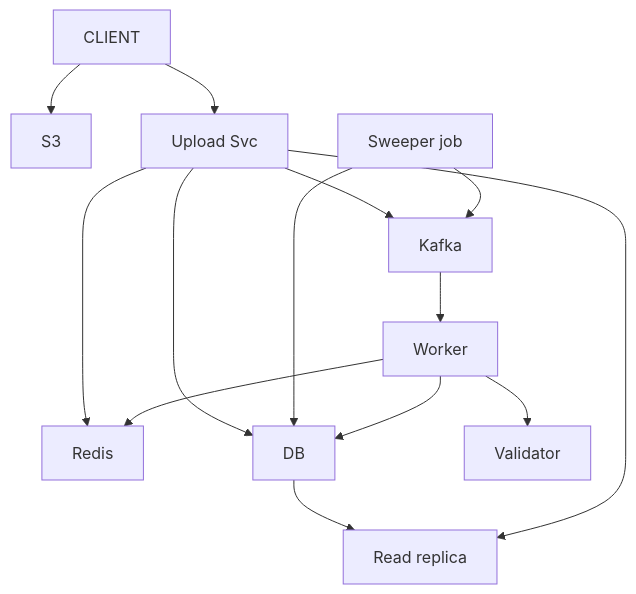
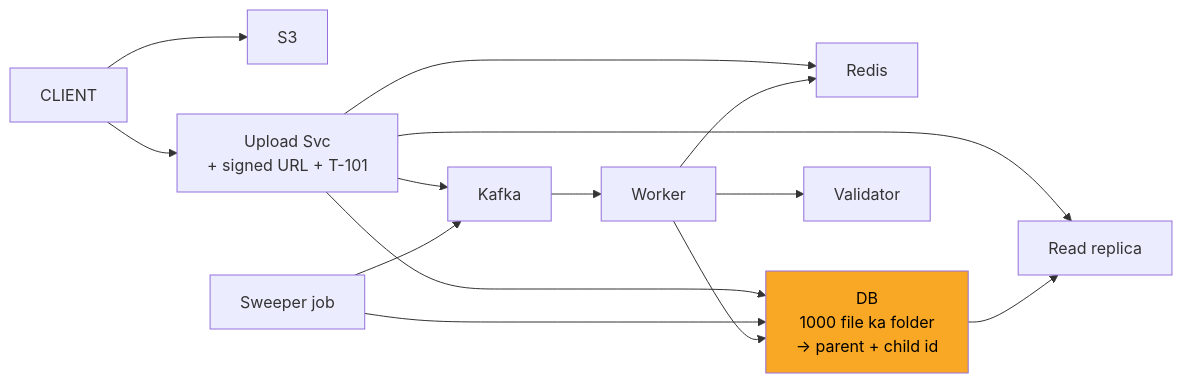
Before and after one commit to ArpanMaheshwari144/Prep: the seventh of 11 diagrams in 04_HLD/SYSTEM_DESIGNS/07_file_upload_validate_system/07_file_upload_INTERVIEW.md, drawn with Mermaid. The commit also changed other lines of this file and 2 other files, not shown here.

Commit message:
notification, payment, file upload: one-day story, short cards, follow-ups with rules, highlighted diagrams

````diff
--- a/04_HLD/SYSTEM_DESIGNS/07_file_upload_validate_system/07_file_upload_INTERVIEW.md
+++ b/04_HLD/SYSTEM_DESIGNS/07_file_upload_validate_system/07_file_upload_INTERVIEW.md
@@ -281,26 +283,27 @@
 ```mermaid
-flowchart TD
+flowchart LR
     n_CLIENT["CLIENT"]
     n_S3["S3"]
-    n_Upload_Svc["Upload Svc"]
+    n_Upload_Svc["Upload Svc<br/>+ signed URL + T-101"]
     n_Redis["Redis"]
-    n_DB["DB"]
+    n_DB["DB<br/>1000 file ka folder<br/>-> parent + child id"]
     n_Read_replica["Read replica"]
     n_Sweeper_job["Sweeper job"]
     n_Kafka["Kafka"]
     n_Worker["Worker"]
     n_Validator["Validator"]
     n_CLIENT --> n_S3
     n_CLIENT --> n_Upload_Svc
     n_Upload_Svc --> n_Redis
     n_Upload_Svc --> n_DB
+    n_Upload_Svc --> n_Read_replica
+    n_DB --> n_Read_replica
     n_Upload_Svc --> n_Kafka
-    n_DB --> n_Read_replica
     n_Sweeper_job --> n_DB
+    n_Sweeper_job --> n_Kafka
     n_Kafka --> n_Worker
     n_Worker --> n_Validator
     n_Worker --> n_DB
     n_Worker --> n_Redis
-    n_Upload_Svc --> n_Read_replica
-    n_Sweeper_job --> n_Kafka
+    style n_DB fill:#f9a825,color:#000
 ```
````
